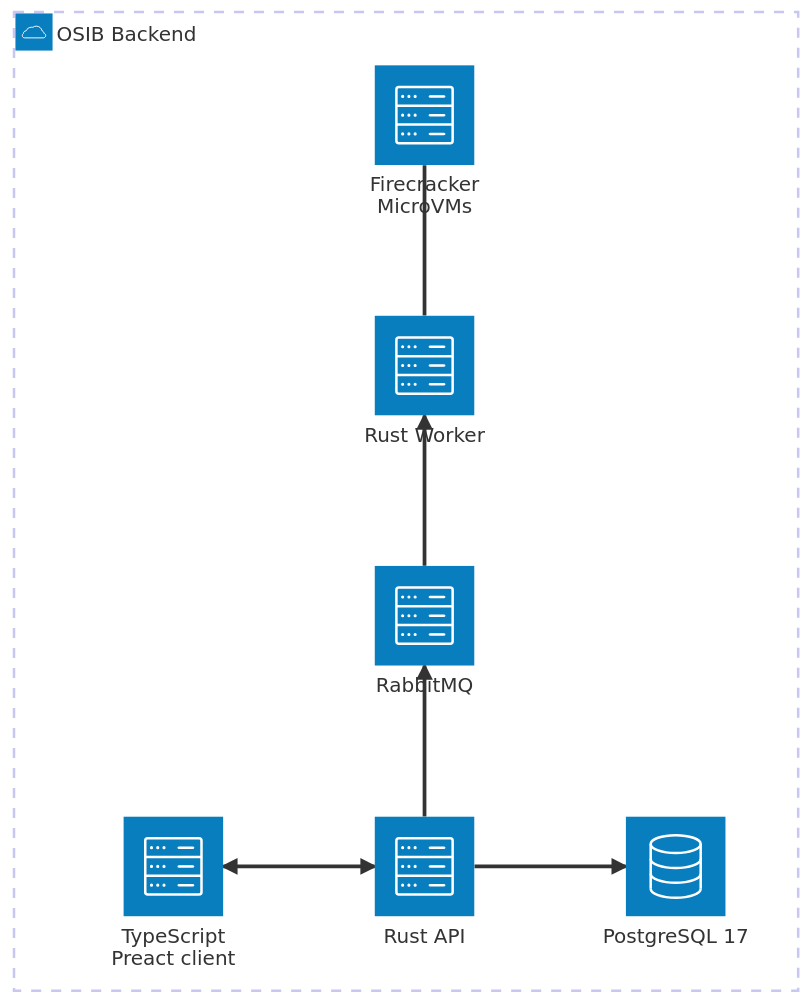
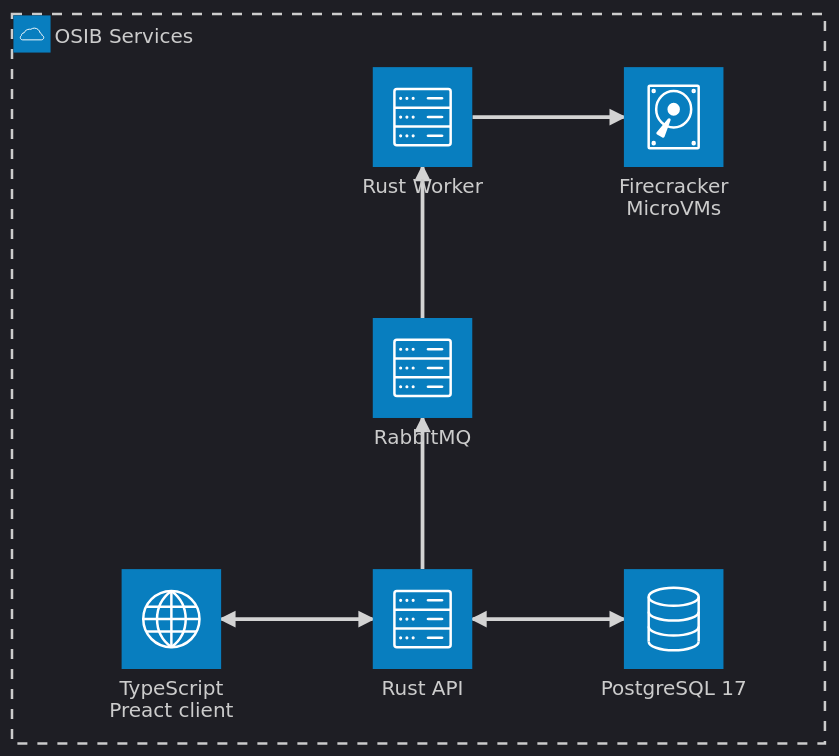
The diagram in services/README.md (osintbuddy/osintbuddy), drawn with Mermaid before and after one commit. The commit also changed other lines of this file and 2 other files, not shown here.

Commit message:
update osib dev docs

````diff
--- a/services/README.md
+++ b/services/README.md
@@ -38,17 +44,20 @@
 ```mermaid
+%%{init: {'theme': 'dark', 'themeVariables': { 'text': '#ffffff', 'lineColor': '#000', 'edgeColor':
+'#000' }}}%%
 architecture-beta
-    group api(cloud)[OSIB Backend]
+    group api(cloud)[OSIB Services]
 
-    service web(server)[TypeScript Preact client] in api
+    service web(internet)[TypeScript Preact client] in api
     service db(database)[PostgreSQL 17] in api
     service server(server)[Rust API] in api
     service queue(server)[RabbitMQ] in api
     service worker(server)[Rust Worker] in api
-    service vm(server)[Firecracker MicroVMs] in api
+    service vm(disk)[Firecracker MicroVMs] in api
 
-    db:L <-- R:server
+    db:L <--> R:server
     web:R <--> L:server
     server:T --> B:queue
     queue:T --> B:worker
-    worker:T -- B:vm
+    worker:R --> L:vm
+
 ```
````
